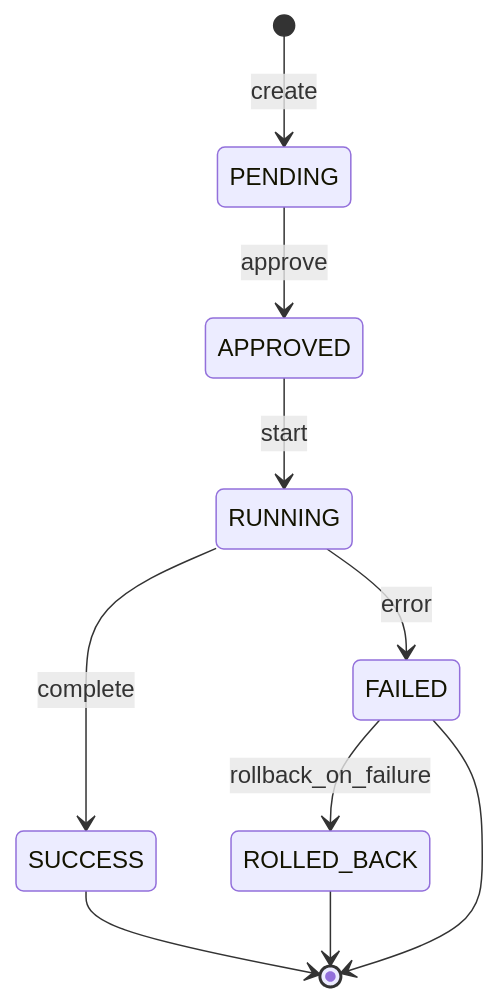
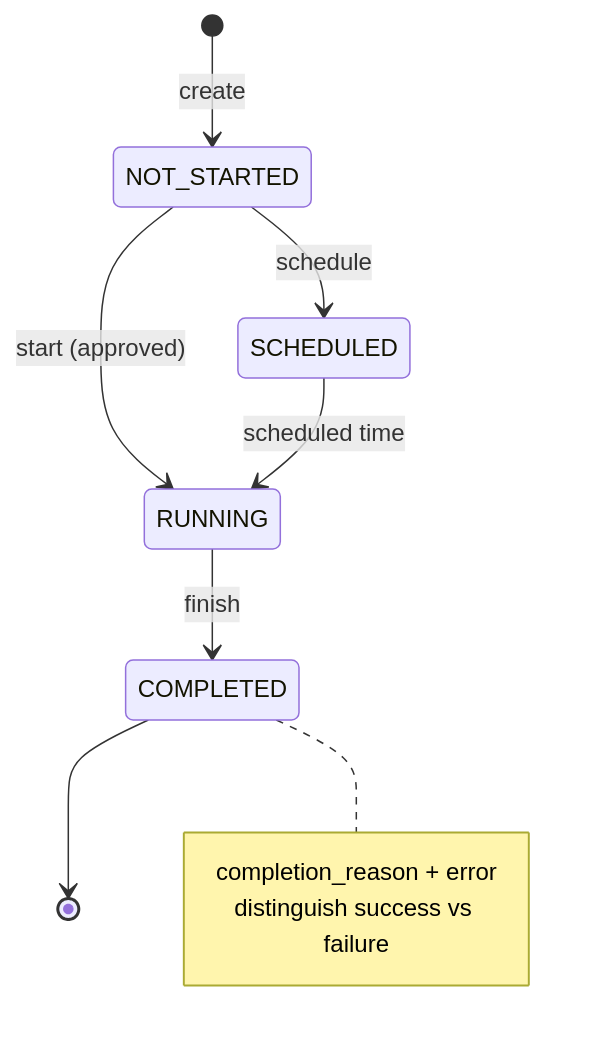
The diagram in design.md (ioplane/terraform-provider-cvp), drawn with Mermaid before and after one commit. The commit also changed other lines of this file and 4 other files, not shown here.

````diff
--- a/design.md
+++ b/design.md
@@ -59,12 +69,13 @@
 ```mermaid
 stateDiagram-v2
-  [*] --> PENDING: create
-  PENDING --> APPROVED: approve
-  APPROVED --> RUNNING: start
-  RUNNING --> SUCCESS: complete
-  RUNNING --> FAILED: error
-  FAILED --> ROLLED_BACK: rollback_on_failure
-  SUCCESS --> [*]
-  ROLLED_BACK --> [*]
-  FAILED --> [*]
+  [*] --> NOT_STARTED: create
+  NOT_STARTED --> SCHEDULED: schedule
+  NOT_STARTED --> RUNNING: start (approved)
+  SCHEDULED --> RUNNING: scheduled time
+  RUNNING --> COMPLETED: finish
+  COMPLETED --> [*]
+  note right of COMPLETED
+    completion_reason + error
+    distinguish success vs failure
+  end note
 ```
````
